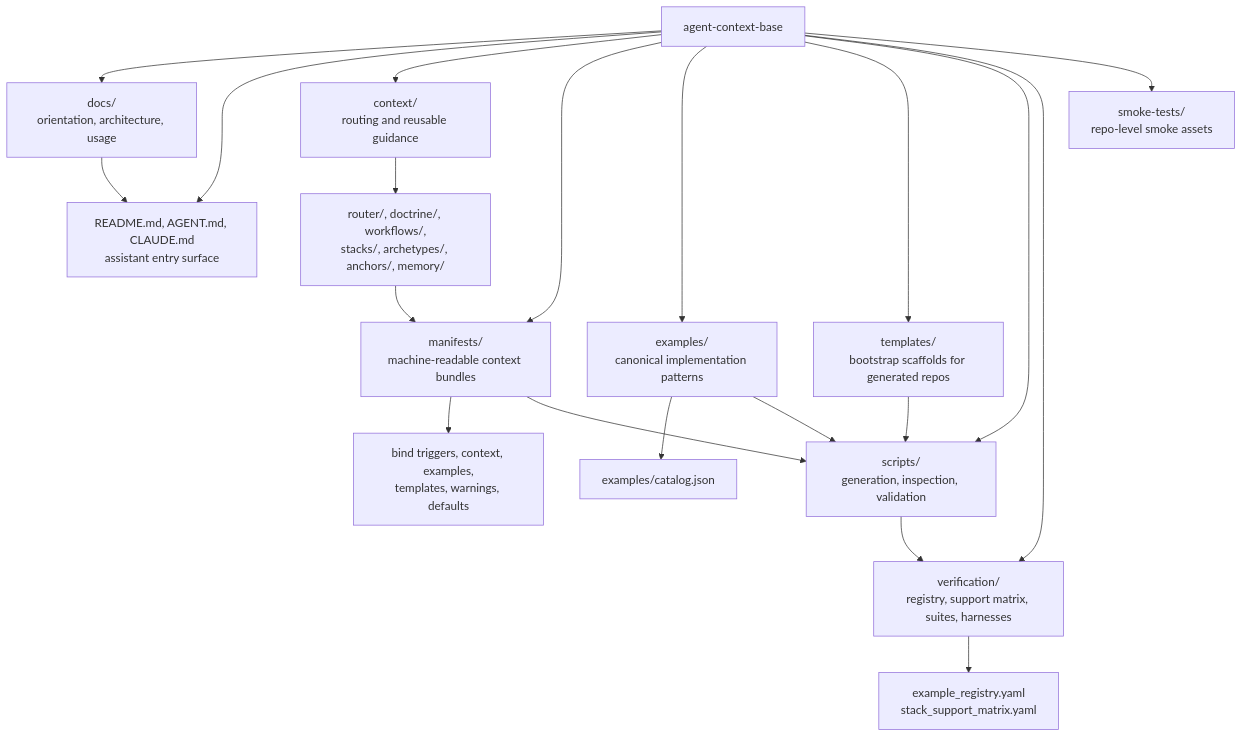
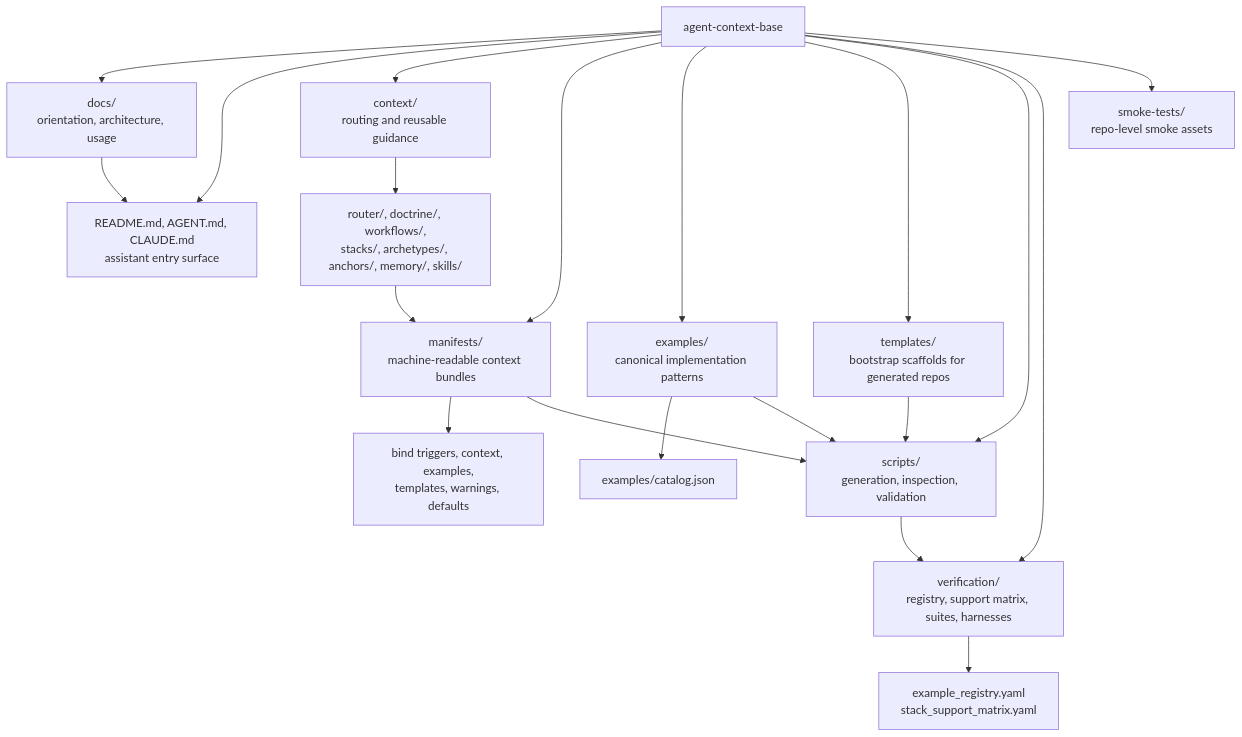
One commit to someflydev/agent-context-base changed the second of 6 diagrams in docs/ARCHITECTURE_MAP.md. Above: the diagram before and after it, drawn with Mermaid. The commit also changed other lines of this file and 2 other files, not shown here.

First line of the commit message:
[PROMPT_69] Batch 1: ARCHITECTURE_MAP.md — fix three stale diagram nodes

````diff
--- a/docs/ARCHITECTURE_MAP.md
+++ b/docs/ARCHITECTURE_MAP.md
@@ -30,26 +30,26 @@
 ```mermaid
 flowchart TB
     R[agent-context-base]
 
     R --> DOCS[docs/<br/>orientation, architecture, usage]
     R --> ENTRY[README.md, AGENT.md, CLAUDE.md<br/>assistant entry surface]
     R --> CONTEXT[context/<br/>routing and reusable guidance]
     R --> MANIFESTS[manifests/<br/>machine-readable context bundles]
     R --> EXAMPLES[examples/<br/>canonical implementation patterns]
     R --> TEMPLATES[templates/<br/>bootstrap scaffolds for generated repos]
     R --> SCRIPTS[scripts/<br/>generation, inspection, validation]
     R --> VERIFY[verification/<br/>registry, support matrix, suites, harnesses]
     R --> SMOKE[smoke-tests/<br/>repo-level smoke assets]
 
-    CONTEXT --> ROUTERS[router/, doctrine/, workflows/,<br/>stacks/, archetypes/, anchors/, memory/]
+    CONTEXT --> ROUTERS[router/, doctrine/, workflows/,<br/>stacks/, archetypes/, anchors/, memory/, skills/]
     MANIFESTS --> BUNDLES[bind triggers, context, examples,<br/>templates, warnings, defaults]
     EXAMPLES --> CATALOG[examples/catalog.json]
     VERIFY --> REGISTRY[example_registry.yaml<br/>stack_support_matrix.yaml]
 
     DOCS --> ENTRY
     ROUTERS --> MANIFESTS
     MANIFESTS --> SCRIPTS
     EXAMPLES --> SCRIPTS
     TEMPLATES --> SCRIPTS
     SCRIPTS --> VERIFY
 ```
````
